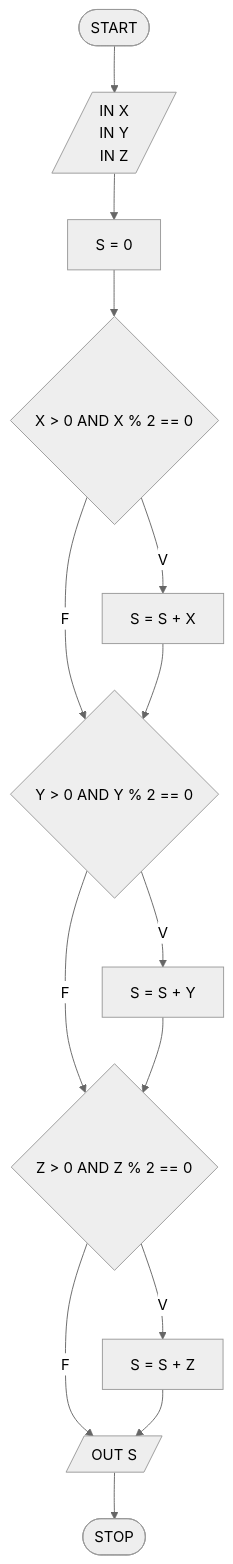
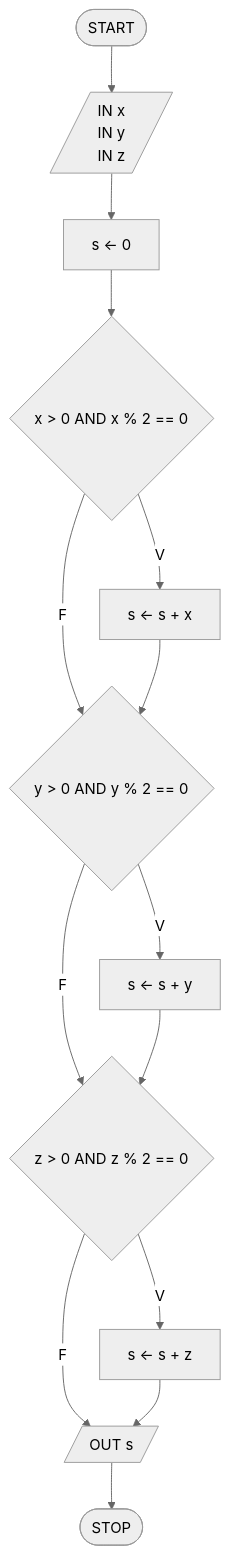
One commit to pg-laboratorio/flowcharts_laboratorio_esercizi changed diagram 14 of 28 in flowcharts_soluzioni.md. Above: the diagram before and after it, drawn with Mermaid (neutral theme). The commit also changed other lines of this file, not shown here.

````diff
--- a/flowcharts_soluzioni.md
+++ b/flowcharts_soluzioni.md
@@ -261,17 +294,16 @@
 ```mermaid
 graph TD
-    START([START]) --> INPUT[/IN X<br>IN Y<br>IN Z/]
-    INPUT --> INIT[S = 0]
-    INIT --> CHK_X{"X > 0 AND X % 2 == 0"}
-    CHK_X -- V --> ADD_X[S = S + X]
-    CHK_X -- F --> CHK_Y{"Y > 0 AND Y % 2 == 0"}
-    ADD_X --> CHK_Y
-    CHK_Y -- V --> ADD_Y[S = S + Y]
-    CHK_Y -- F --> CHK_Z{"Z > 0 AND Z % 2 == 0"}
-    ADD_Y --> CHK_Z
-    CHK_Z -- V --> ADD_Z[S = S + Z]
-    CHK_Z -- F --> OUTPUT[/OUT S/]
-    ADD_Z --> OUTPUT
+    START([START]) --> INPUT[/"IN x<br>IN y<br>IN z"/]
+    INPUT --> INIT["s ← 0"]
+    INIT --> CX{"x > 0 AND x % 2 == 0"}
+    CX -- V --> AX["s ← s + x"]
+    CX -- F --> CY{"y > 0 AND y % 2 == 0"}
+    AX --> CY
+    CY -- V --> AY["s ← s + y"]
+    CY -- F --> CZ{"z > 0 AND z % 2 == 0"}
+    AY --> CZ
+    CZ -- V --> AZ["s ← s + z"]
+    CZ -- F --> OUTPUT[/"OUT s"/]
+    AZ --> OUTPUT
     OUTPUT --> STOP([STOP])
-
 ```
````
